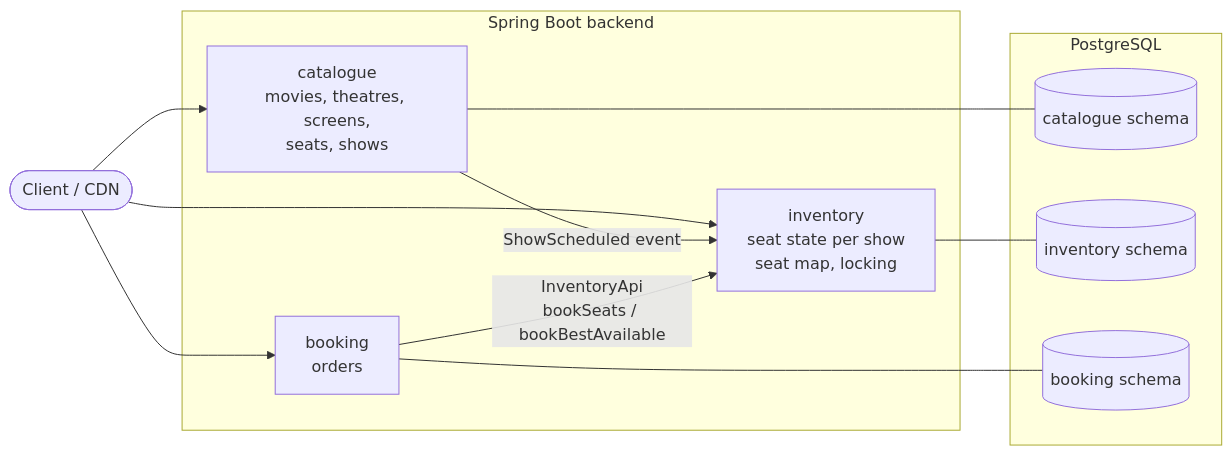
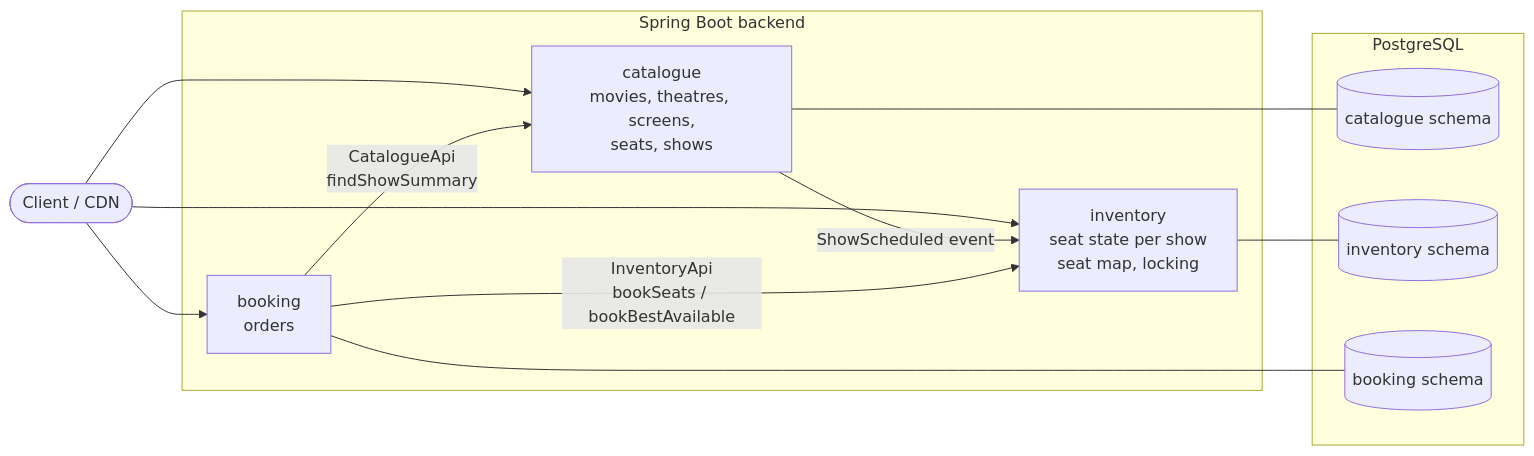
One commit to GopiSVDev/seat-lock changed the first of 3 diagrams in README.md. Above: the diagram before and after it, drawn with Mermaid. The commit also changed other lines of this file and 15 other files, not shown here.

First line of the commit message:
feat(booking): keep the show's details on each booking

````diff
--- a/README.md
+++ b/README.md
@@ -116,23 +116,24 @@
 ```mermaid
 flowchart LR
     client([Client / CDN])
 
     subgraph app[Spring Boot backend]
         catalogue[catalogue<br/>movies, theatres, screens,<br/>seats, shows]
         inventory[inventory<br/>seat state per show<br/>seat map, locking]
         booking[booking<br/>orders]
     end
 
     subgraph db[PostgreSQL]
         s1[(catalogue schema)]
         s2[(inventory schema)]
         s3[(booking schema)]
     end
 
     client --> catalogue & inventory & booking
     catalogue -- "ShowScheduled event" --> inventory
     booking -- "InventoryApi<br/>bookSeats / bookBestAvailable" --> inventory
+    booking -- "CatalogueApi<br/>findShowSummary" --> catalogue
     catalogue --- s1
     inventory --- s2
     booking --- s3
 ```
````
